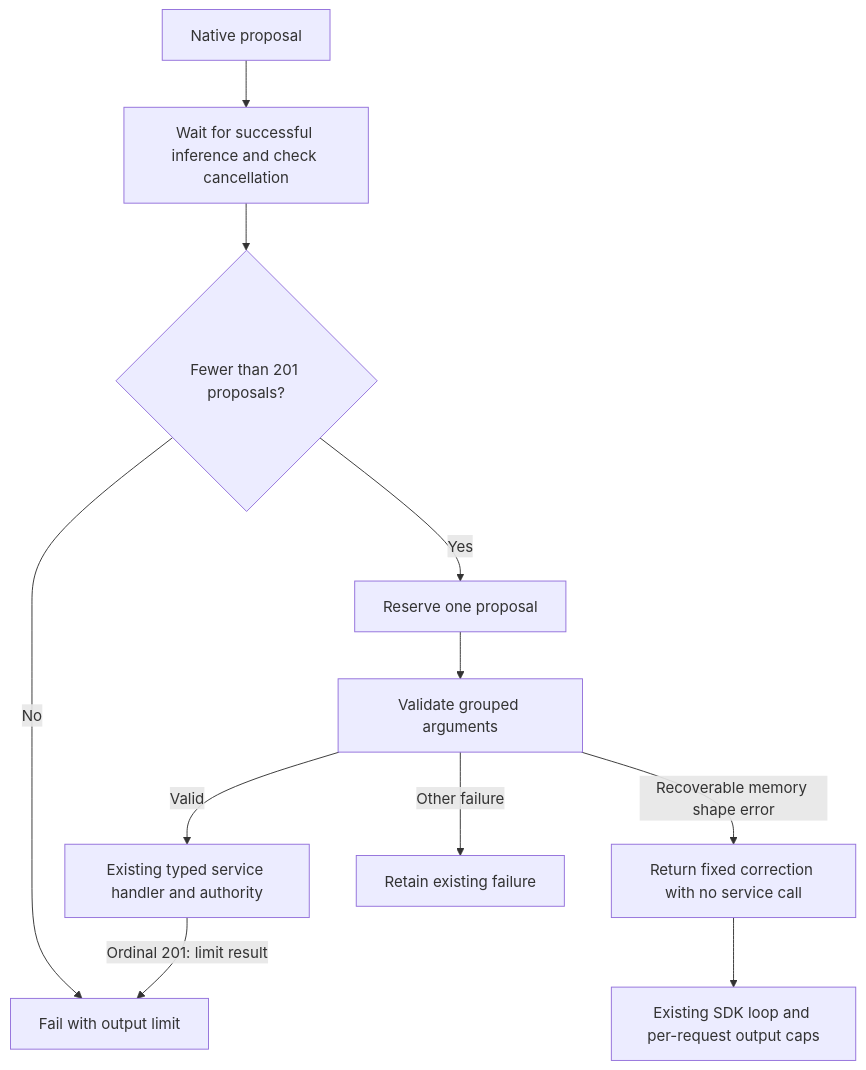
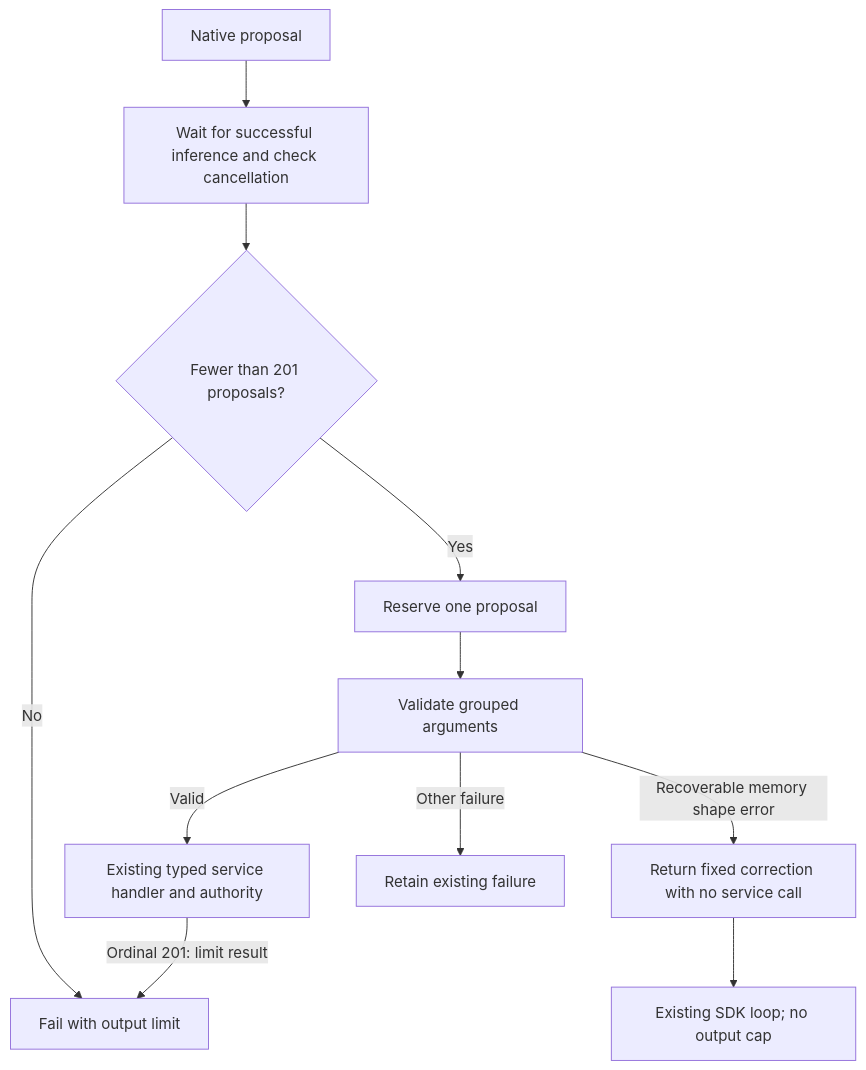
Before and after one commit to pidster/asura: the fifth of 10 diagrams in docs/designs/model-provider-integration.md, drawn with Mermaid. The commit also changed other lines of this file and 41 other files, not shown here.

First line of the commit message:
Remove per-run model output caps

````diff
--- a/docs/designs/model-provider-integration.md
+++ b/docs/designs/model-provider-integration.md
@@ -779,13 +786,13 @@
 ```mermaid
 flowchart TD
     Proposal[Native proposal] --> Gate[Wait for successful inference and check cancellation]
     Gate --> Budget{Fewer than 201 proposals?}
     Budget -->|No| Limit[Fail with output limit]
     Budget -->|Yes| Reserve[Reserve one proposal]
     Reserve --> Validate[Validate grouped arguments]
     Validate -->|Recoverable memory shape error| Hint[Return fixed correction with no service call]
-    Hint --> SDK[Existing SDK loop and per-request output caps]
+    Hint --> SDK[Existing SDK loop; no output cap]
     Validate -->|Valid| Service[Existing typed service handler and authority]
     Service -->|Ordinal 201: limit result| Limit
     Validate -->|Other failure| Fail[Retain existing failure]
 ```
````
